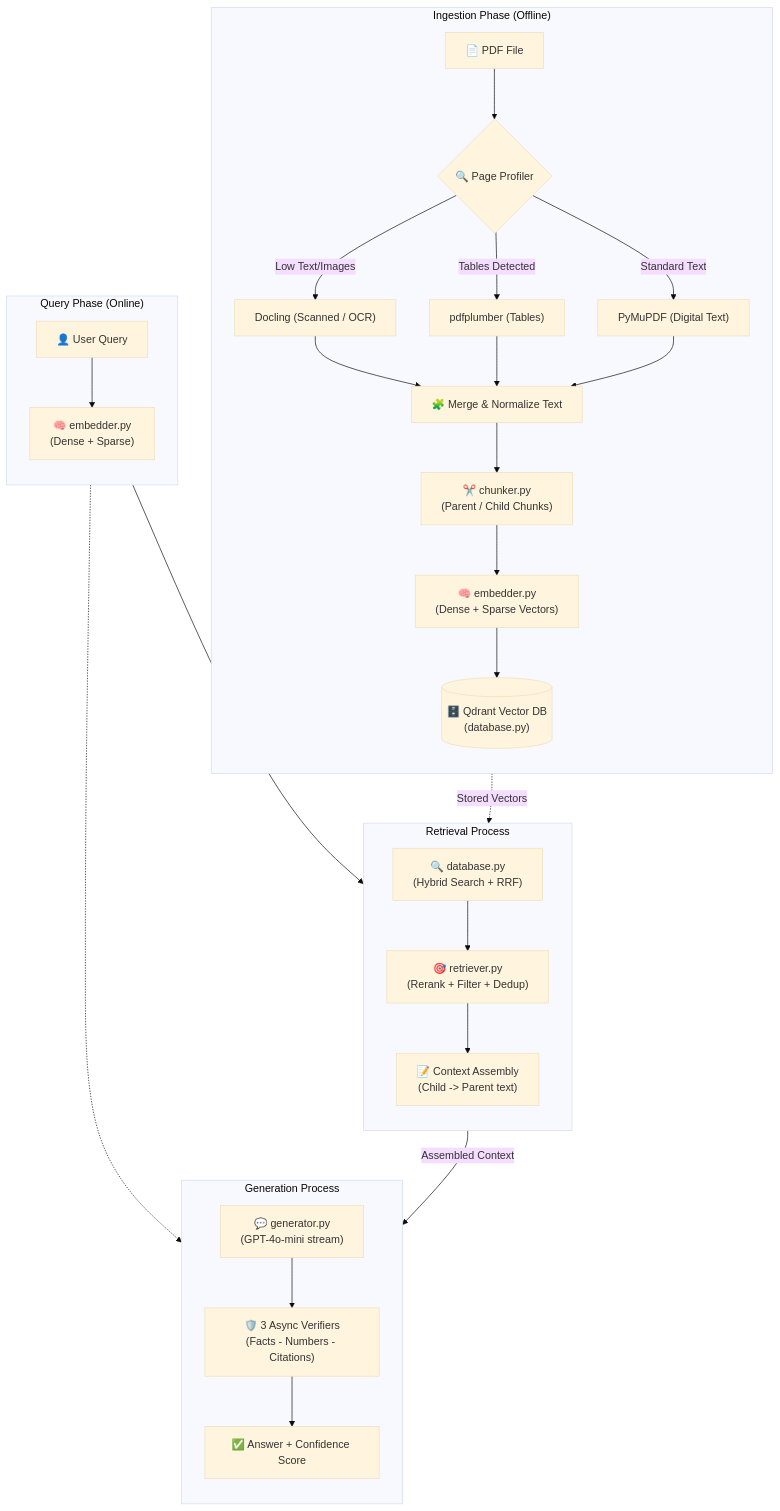
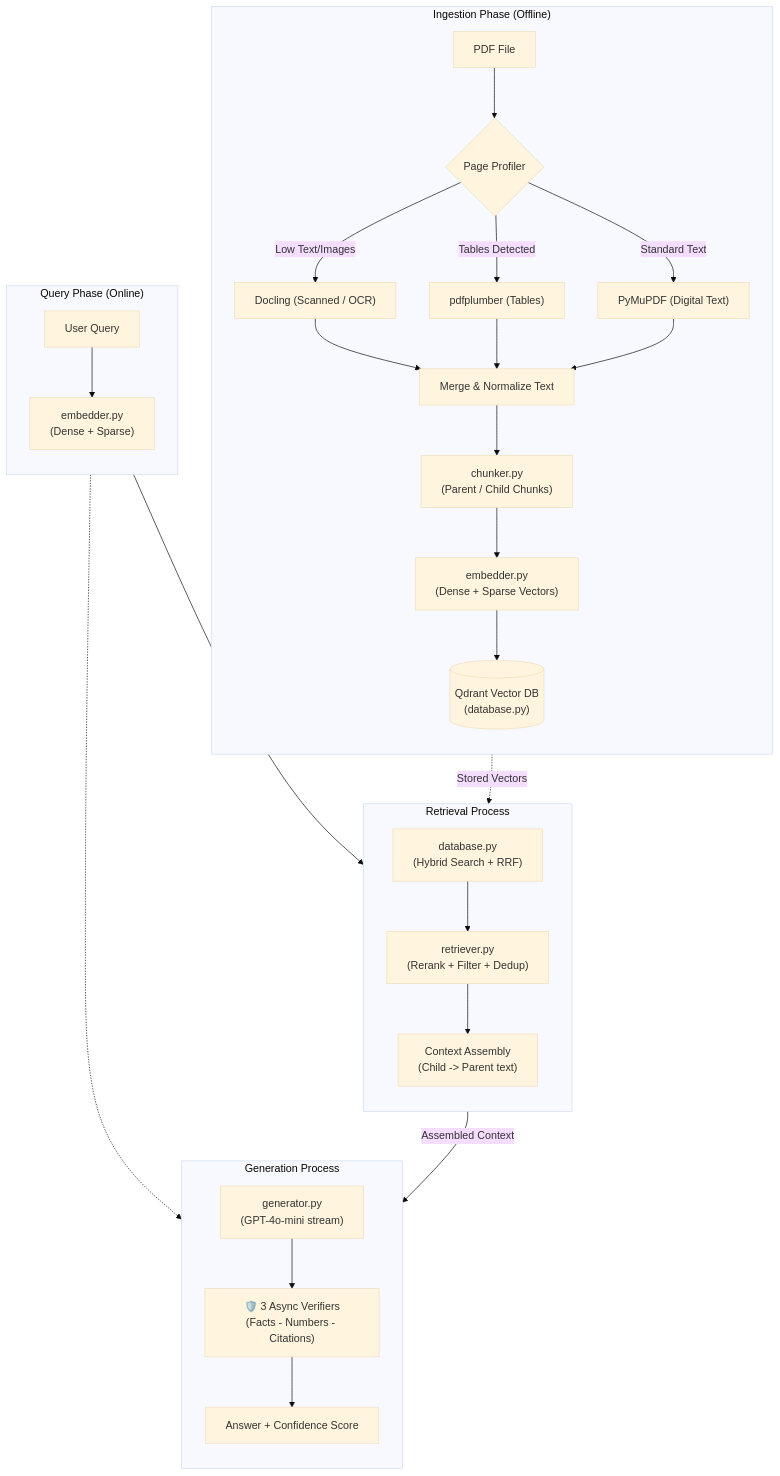
Before and after one commit to IvaP10/DocuMind: the diagram in README.md, drawn with Mermaid (base theme). The commit also changed other lines of this file, not shown here.

````diff
--- a/README.md
+++ b/README.md
@@ -34,46 +34,46 @@
 ```mermaid
 flowchart TB
     %% Ingestion Phase
     subgraph Ingestion["Ingestion Phase (Offline)"]
         direction TB
-        PDF["📄 PDF File"] --> Profiler{"🔍 Page Profiler"}
+        PDF["PDF File"] --> Profiler{"Page Profiler"}
         
         Profiler -- "Low Text/Images" --> Docling["Docling (Scanned / OCR)"]
         Profiler -- "Tables Detected" --> Plumber["pdfplumber (Tables)"]
         Profiler -- "Standard Text" --> PyMuPDF["PyMuPDF (Digital Text)"]
         
-        Docling --> Merge["🧩 Merge & Normalize Text"]
+        Docling --> Merge["Merge & Normalize Text"]
         Plumber --> Merge
         PyMuPDF --> Merge
         
-        Merge --> Chunker["✂️ chunker.py<br/>(Parent / Child Chunks)"]
-        Chunker --> Embedder["🧠 embedder.py<br/>(Dense + Sparse Vectors)"]
-        Embedder --> DB[("🗄️ Qdrant Vector DB<br/>(database.py)")]
+        Merge --> Chunker["chunker.py<br/>(Parent / Child Chunks)"]
+        Chunker --> Embedder["embedder.py<br/>(Dense + Sparse Vectors)"]
+        Embedder --> DB[("Qdrant Vector DB<br/>(database.py)")]
     end
 
     %% Query Phase
     subgraph Query["Query Phase (Online)"]
         direction TB
-        UserQuery["👤 User Query"] --> QueryEmbed["🧠 embedder.py<br/>(Dense + Sparse)"]
+        UserQuery["User Query"] --> QueryEmbed["embedder.py<br/>(Dense + Sparse)"]
     end
 
     %% Retrieval Phase
     subgraph Retrieval["Retrieval Process"]
         direction TB
-        Search["🔍 database.py<br/>(Hybrid Search + RRF)"] --> Retrieve["🎯 retriever.py<br/>(Rerank + Filter + Dedup)"]
-        Retrieve --> Context["📝 Context Assembly<br/>(Child -> Parent text)"]
+        Search["database.py<br/>(Hybrid Search + RRF)"] --> Retrieve["retriever.py<br/>(Rerank + Filter + Dedup)"]
+        Retrieve --> Context["Context Assembly<br/>(Child -> Parent text)"]
     end
 
     %% Generation Phase
     subgraph Generation["Generation Process"]
         direction TB
-        Gen["💬 generator.py<br/>(GPT-4o-mini stream)"] --> Verify["🛡️ 3 Async Verifiers<br/>(Facts - Numbers - Citations)"]
-        Verify --> Output["✅ Answer + Confidence Score"]
+        Gen["generator.py<br/>(GPT-4o-mini stream)"] --> Verify["🛡️ 3 Async Verifiers<br/>(Facts - Numbers - Citations)"]
+        Verify --> Output["Answer + Confidence Score"]
     end
 
     %% Cross-phase connections
     DB -. "Stored Vectors" .-> Search
     QueryEmbed --> Search
     UserQuery -.-> Gen
     Context -- "Assembled Context" --> Gen
 ```
````
